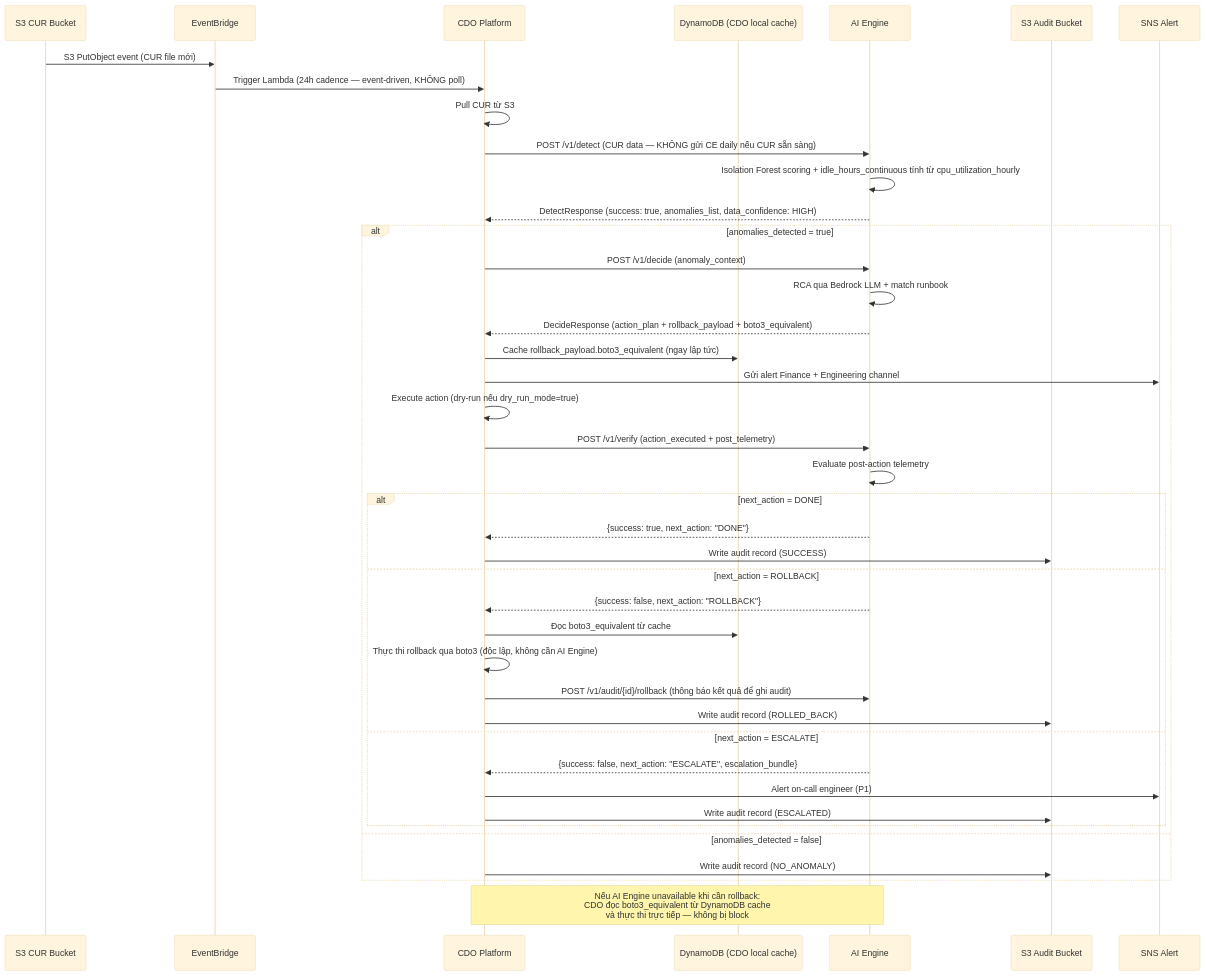
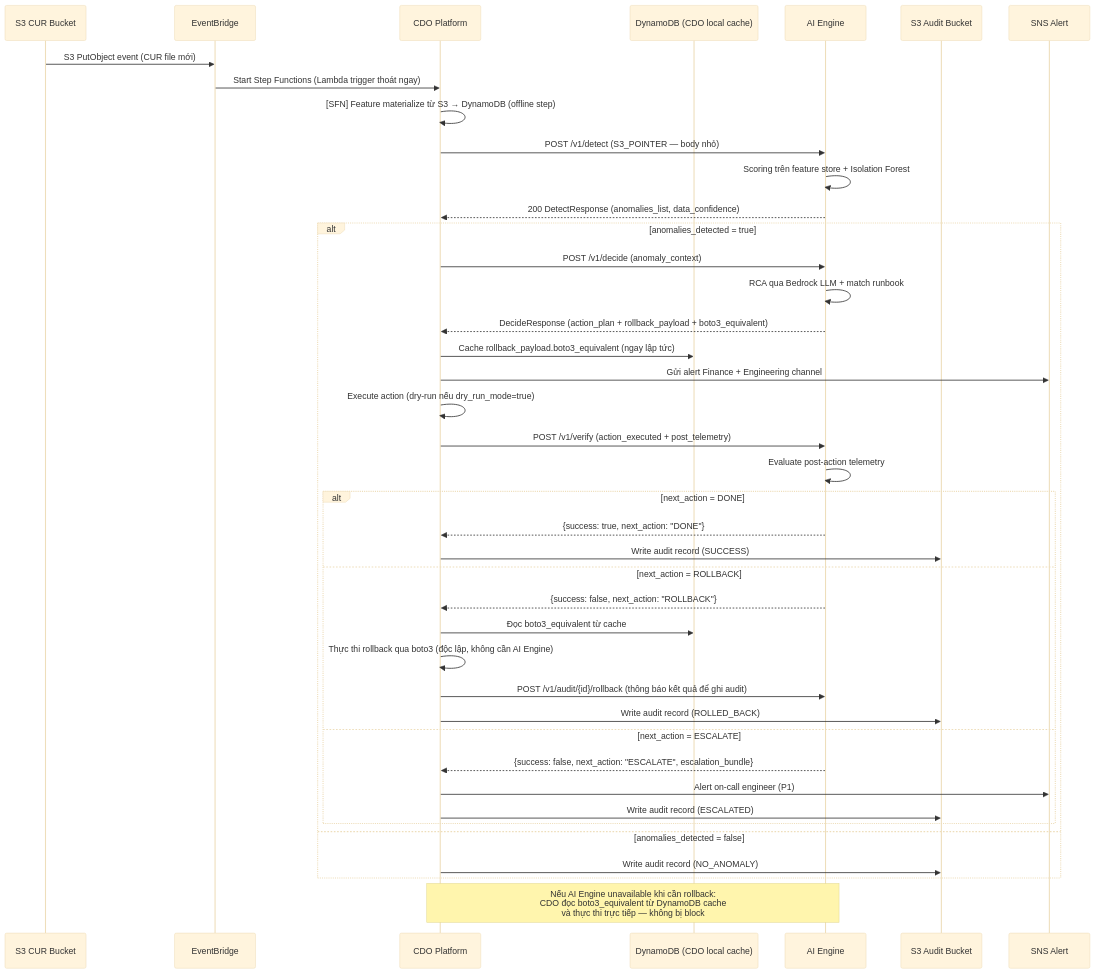
One commit to kietoichoiDXD/AIOPS-w1 changed the diagram in contracts/ai-api-contract.md. Above: the diagram before and after it, drawn with Mermaid (base theme). The commit also changed other lines of this file, not shown here.

````diff
--- a/contracts/ai-api-contract.md
+++ b/contracts/ai-api-contract.md
@@ -1494,47 +1588,47 @@
 ```mermaid
 sequenceDiagram
     participant S3CUR as S3 CUR Bucket
     participant EB as EventBridge
     participant CDO as CDO Platform
     participant DDB as DynamoDB (CDO local cache)
     participant AI as AI Engine
     participant AuditS3 as S3 Audit Bucket
     participant SNS as SNS Alert
 
     S3CUR->>EB: S3 PutObject event (CUR file mới)
-    EB->>CDO: Trigger Lambda (24h cadence — event-driven, KHÔNG poll)
-    CDO->>CDO: Pull CUR từ S3
-    CDO->>AI: POST /v1/detect (CUR data — KHÔNG gửi CE daily nếu CUR sẵn sàng)
-    AI->>AI: Isolation Forest scoring + idle_hours_continuous tính từ cpu_utilization_hourly
-    AI-->>CDO: DetectResponse (success: true, anomalies_list, data_confidence: HIGH)
+    EB->>CDO: Start Step Functions (Lambda trigger thoát ngay)
+    CDO->>CDO: [SFN] Feature materialize từ S3 → DynamoDB (offline step)
+    CDO->>AI: POST /v1/detect (S3_POINTER — body nhỏ)
+    AI->>AI: Scoring trên feature store + Isolation Forest
+    AI-->>CDO: 200 DetectResponse (anomalies_list, data_confidence)
 
     alt anomalies_detected = true
         CDO->>AI: POST /v1/decide (anomaly_context)
         AI->>AI: RCA qua Bedrock LLM + match runbook
         AI-->>CDO: DecideResponse (action_plan + rollback_payload + boto3_equivalent)
         CDO->>DDB: Cache rollback_payload.boto3_equivalent (ngay lập tức)
         CDO->>SNS: Gửi alert Finance + Engineering channel
         CDO->>CDO: Execute action (dry-run nếu dry_run_mode=true)
         CDO->>AI: POST /v1/verify (action_executed + post_telemetry)
         AI->>AI: Evaluate post-action telemetry
 
         alt next_action = DONE
             AI-->>CDO: {success: true, next_action: "DONE"}
             CDO->>AuditS3: Write audit record (SUCCESS)
         else next_action = ROLLBACK
             AI-->>CDO: {success: false, next_action: "ROLLBACK"}
             CDO->>DDB: Đọc boto3_equivalent từ cache
             CDO->>CDO: Thực thi rollback qua boto3 (độc lập, không cần AI Engine)
             CDO->>AI: POST /v1/audit/{id}/rollback (thông báo kết quả để ghi audit)
             CDO->>AuditS3: Write audit record (ROLLED_BACK)
         else next_action = ESCALATE
             AI-->>CDO: {success: false, next_action: "ESCALATE", escalation_bundle}
             CDO->>SNS: Alert on-call engineer (P1)
             CDO->>AuditS3: Write audit record (ESCALATED)
         end
     else anomalies_detected = false
         CDO->>AuditS3: Write audit record (NO_ANOMALY)
     end
 
     note over CDO,AI: Nếu AI Engine unavailable khi cần rollback:<br/>CDO đọc boto3_equivalent từ DynamoDB cache<br/>và thực thi trực tiếp — không bị block
 ```
````
